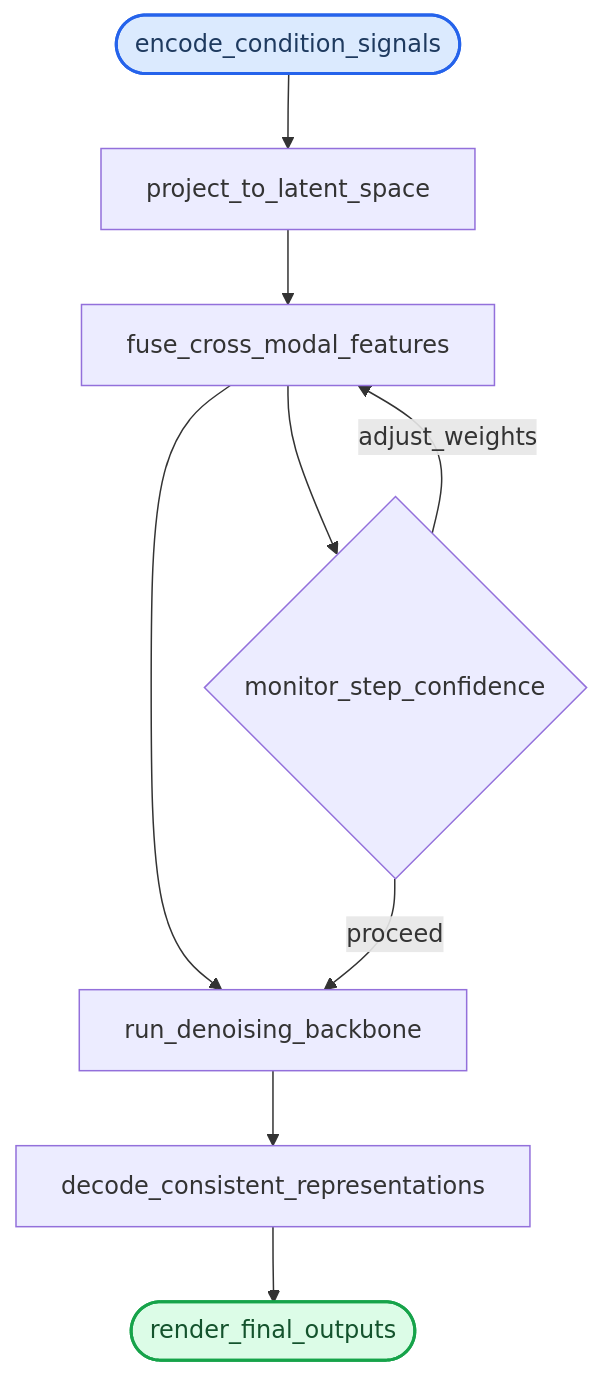
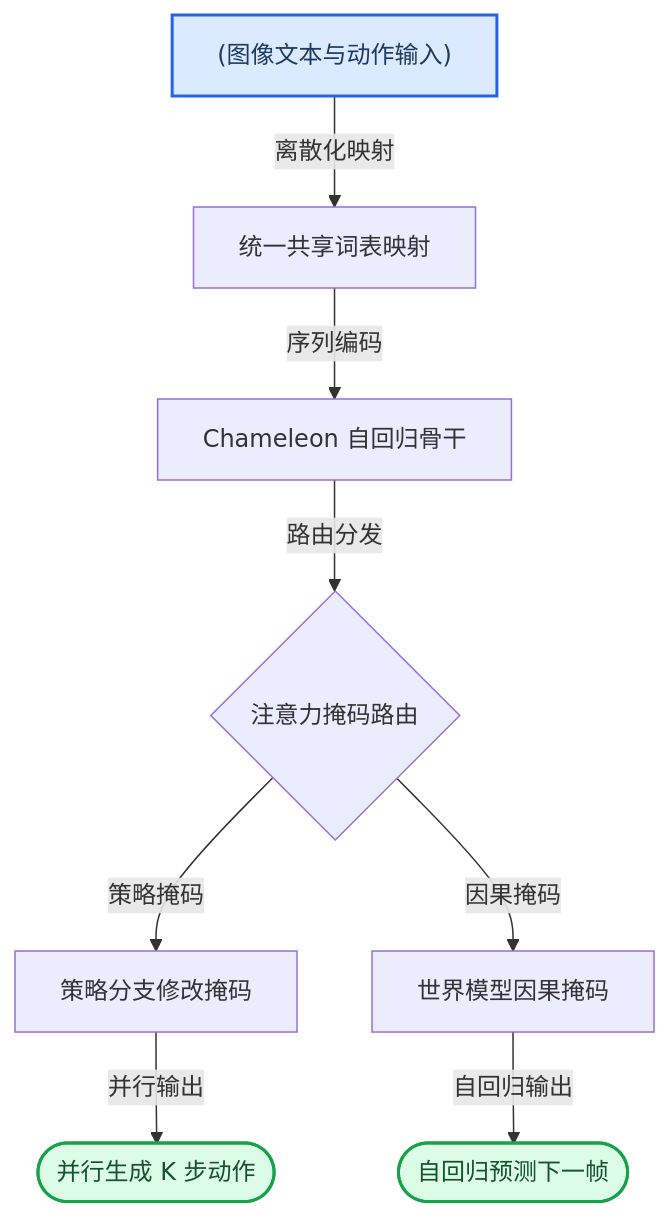
Before and after one commit to ShinewineW/paper-rolling: the third of 10 diagrams in person_vault/2026-06-08_WorldVLA_2506.21539/report.md, drawn with Mermaid. The commit also changed other lines of this file and 51 other files, not shown here.

````diff
--- a/person_vault/2026-06-08_WorldVLA_2506.21539/report.md
+++ b/person_vault/2026-06-08_WorldVLA_2506.21539/report.md
@@ -122,18 +179,25 @@
 ```mermaid
 flowchart TB
-    start_node(["encode_condition_signals"]) --> project_to_latent_space
-    project_to_latent_space --> fuse_cross_modal_features
-    fuse_cross_modal_features --> run_denoising_backbone
-    run_denoising_backbone --> decode_consistent_representations
-    decode_consistent_representations --> end_node(["render_final_outputs"])
-    
-    fuse_cross_modal_features --> monitor_step_confidence{monitor_step_confidence}
-    monitor_step_confidence -->|adjust_weights| fuse_cross_modal_features
-    monitor_step_confidence -->|proceed| run_denoising_backbone
+    multi_input["(图像文本与动作输入)"]
+    unified_vocab["统一共享词表映射"]
+    chameleon_llm["Chameleon 自回归骨干"]
+    attn_router{注意力掩码路由}
+    policy_mask["策略分支修改掩码"]
+    world_mask["世界模型因果掩码"]
+    policy_out(["并行生成 K 步动作"])
+    world_out(["自回归预测下一帧"])
 
-    class start_node required
-    class end_node output
+    multi_input -->|离散化映射| unified_vocab
+    unified_vocab -->|序列编码| chameleon_llm
+    chameleon_llm -->|路由分发| attn_router
+    attn_router -->|策略掩码| policy_mask
+    attn_router -->|因果掩码| world_mask
+    policy_mask -->|并行输出| policy_out
+    world_mask -->|自回归输出| world_out
+
     classDef required fill:#dbeafe,stroke:#2563eb,stroke-width:2px,color:#1e3a5f
     classDef output fill:#dcfce7,stroke:#16a34a,stroke-width:2px,color:#14532d
     classDef optional fill:#fef9c3,stroke:#ca8a04,stroke-width:2px,color:#713f12
+    class multi_input required
+    class policy_out,world_out output
 ```
````
